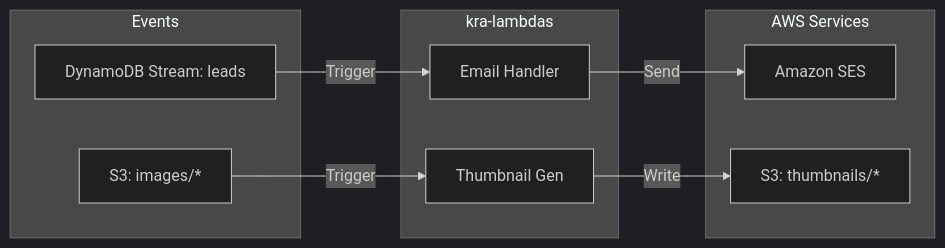
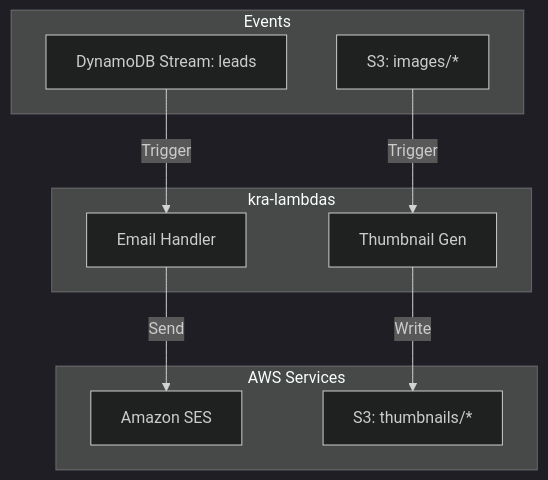
The diagram in README.md (krealalejo/kra-lambdas), drawn with Mermaid (dark theme) before and after one commit. The commit also changed other lines of this file, not shown here.

````diff
--- a/README.md
+++ b/README.md
@@ -56,22 +51,22 @@
 ```mermaid
-flowchart LR
+flowchart TD
   subgraph AWS_Events [Events]
     S3["S3: images/*"]
     DDB["DynamoDB Stream: leads"]
   end
 
   subgraph kra_lambdas [kra-lambdas]
     THUMB[Thumbnail Gen]
     EMAIL[Email Handler]
   end
 
   subgraph Services [AWS Services]
     SES[Amazon SES]
     S3_STORE["S3: thumbnails/*"]
   end
 
   S3 -->|Trigger| THUMB
   THUMB -->|Write| S3_STORE
   DDB -->|Trigger| EMAIL
   EMAIL -->|Send| SES
 ```
````
